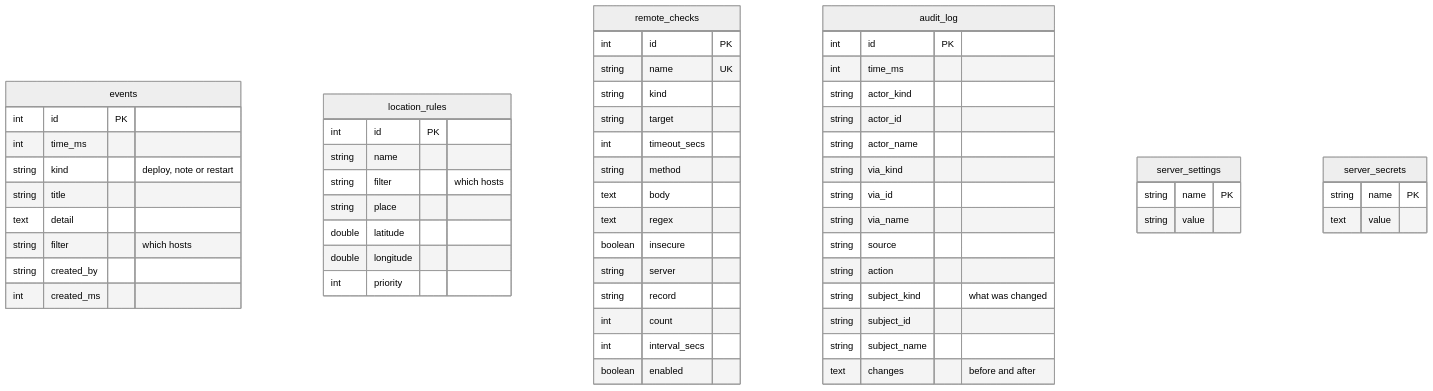
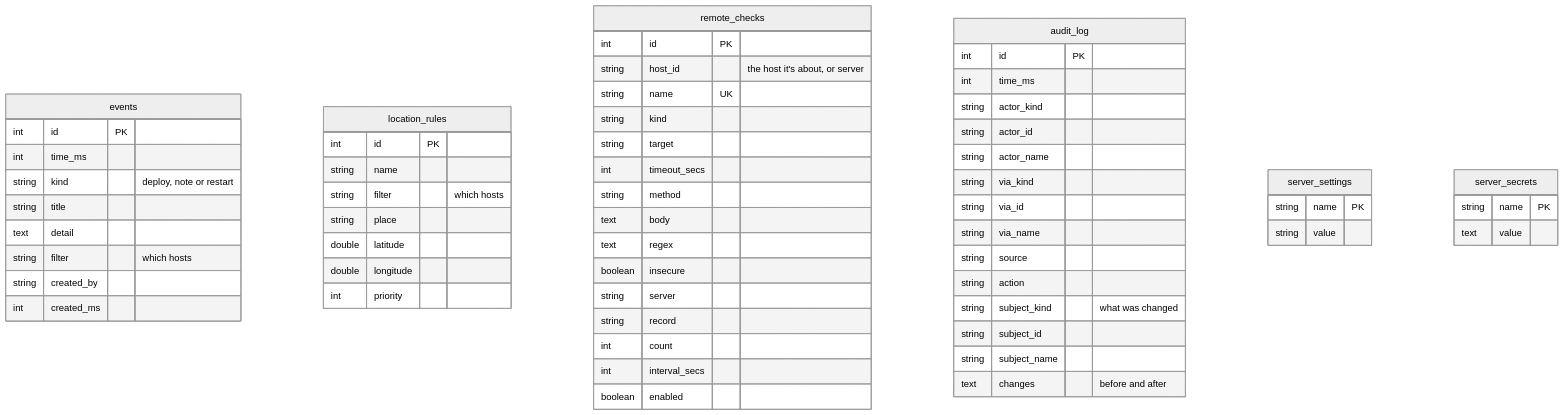
The second of 4 diagrams in database/README.md (sfreiberg/maxnines), drawn with Mermaid (neutral theme) before and after one commit. The commit also changed other lines of this file and 21 other files, not shown here.

First line of the commit message:
Let a check be about a host without an agent

````diff
--- a/database/README.md
+++ b/database/README.md
@@ -312,62 +312,63 @@
 ```mermaid
 erDiagram
     events {
         int id PK
         int time_ms
         string kind "deploy, note or restart"
         string title
         text detail
         string filter "which hosts"
         string created_by
         int created_ms
     }
     location_rules {
         int id PK
         string name
         string filter "which hosts"
         string place
         double latitude
         double longitude
         int priority
     }
     remote_checks {
         int id PK
+        string host_id "the host it's about, or server"
         string name UK
         string kind
         string target
         int timeout_secs
         string method
         text body
         text regex
         boolean insecure
         string server
         string record
         int count
         int interval_secs
         boolean enabled
     }
     audit_log {
         int id PK
         int time_ms
         string actor_kind
         string actor_id
         string actor_name
         string via_kind
         string via_id
         string via_name
         string source
         string action
         string subject_kind "what was changed"
         string subject_id
         string subject_name
         text changes "before and after"
     }
     server_settings {
         string name PK
         string value
     }
     server_secrets {
         string name PK
         text value
     }
 ```
````
